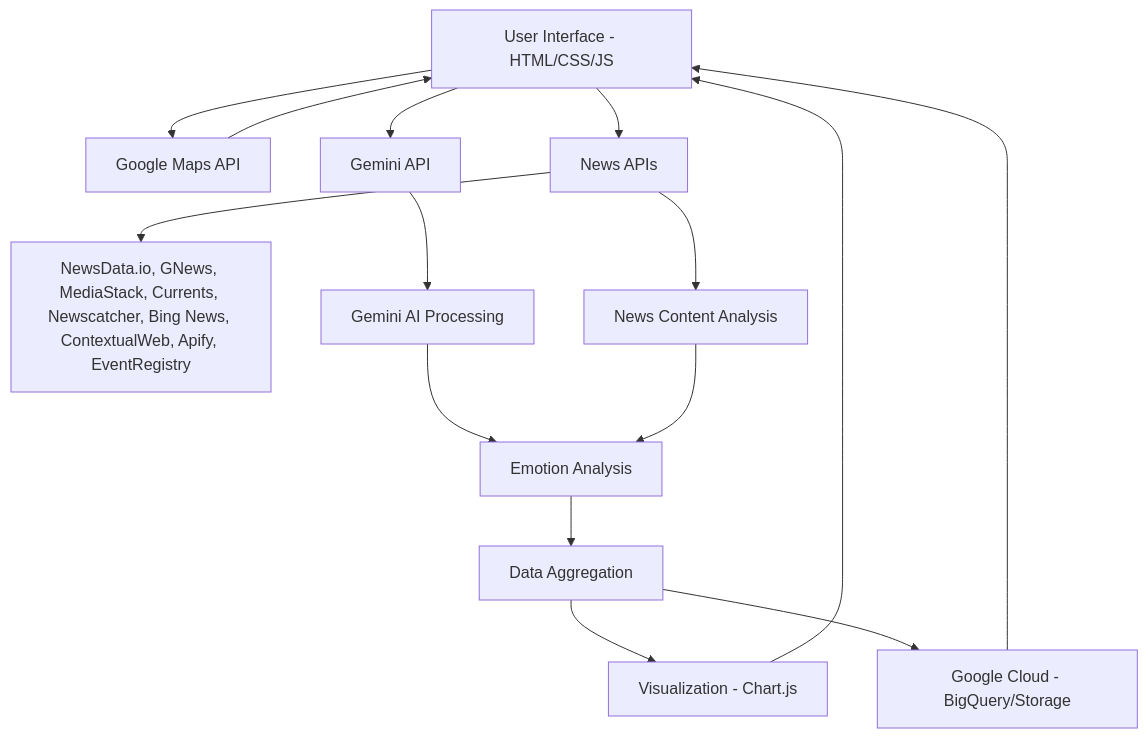
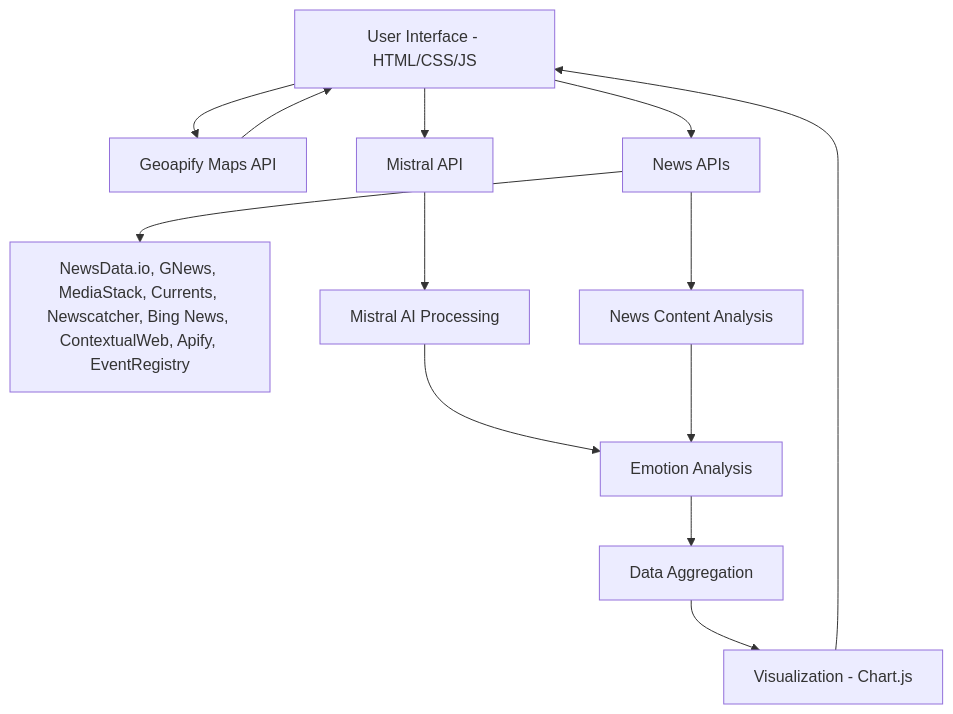
One commit to AirbusA321NX/Smart_city changed the second of 2 diagrams in README.md. Above: the diagram before and after it, drawn with Mermaid. The commit also changed other lines of this file and 11 other files, not shown here.

Commit message:
Replace Google Gemini with Mistral AI and Google Maps with Geoapify

````diff
--- a/README.md
+++ b/README.md
@@ -102,17 +94,15 @@
 ```mermaid
 graph TD
-    A[User Interface - HTML/CSS/JS] --> B[Google Maps API]
-    A --> C[Gemini API]
+    A[User Interface - HTML/CSS/JS] --> B[Geoapify Maps API]
+    A --> C[Mistral API]
     A --> D[News APIs]
     D --> E[NewsData.io, GNews, MediaStack, Currents, Newscatcher, Bing News, ContextualWeb, Apify, EventRegistry]
-    C --> F[Gemini AI Processing]
+    C --> F[Mistral AI Processing]
     D --> G[News Content Analysis]
     F --> H[Emotion Analysis]
     G --> H
     H --> I[Data Aggregation]
     I --> J[Visualization - Chart.js]
-    I --> K[Google Cloud - BigQuery/Storage]
     B --> A
     J --> A
-    K --> A
 ```
````
